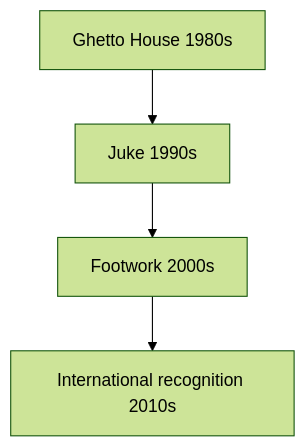
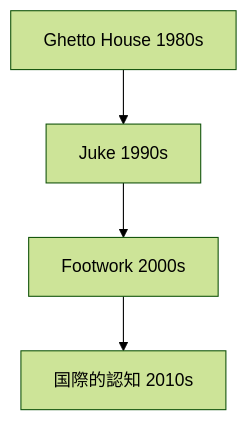
One commit to monumental-movement/monumental-movement.github.io changed the first of 3 diagrams in en/_posts/2025-11-30-column-footwork-juke.md. Above: the diagram before and after it, drawn with Mermaid (forest theme). The commit also changed other lines of this file and 2196 other files, not shown here.

```diff
--- a/en/_posts/2025-11-30-column-footwork-juke.md
+++ b/en/_posts/2025-11-30-column-footwork-juke.md
@@ -49,6 +49,6 @@
 <div class="mermaid">
 flowchart TD
     GH[Ghetto House 1980s] --> Juke[Juke 1990s]
     Juke --> Footwork[Footwork 2000s]
-    Footwork --> International[International recognition 2010s]
+    Footwork --> International[国際的認知 2010s]
 </div>
```
